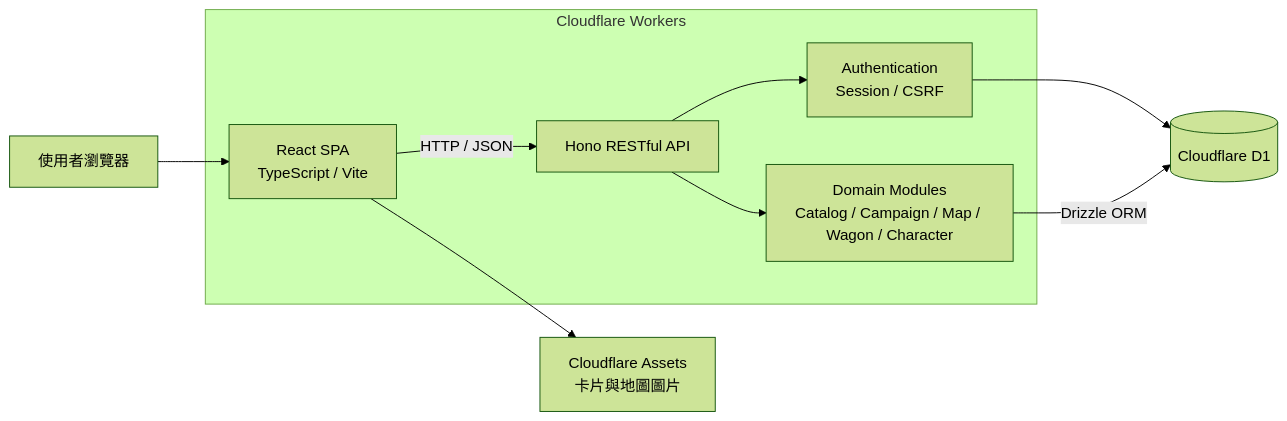
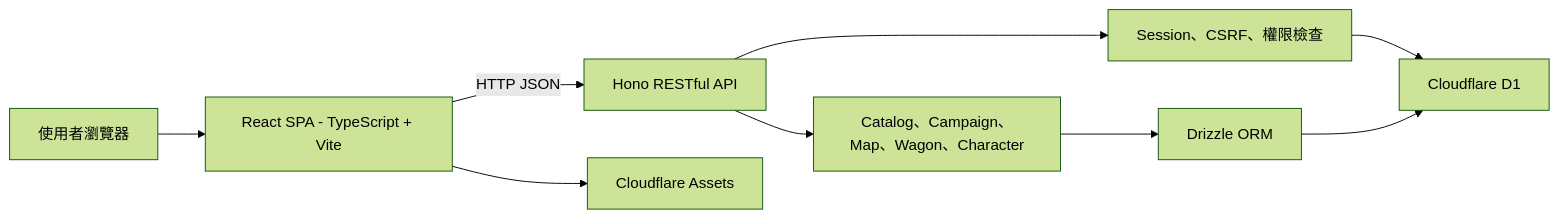
Before and after one commit to john123881/the-hunters-ad-1492-wiki: the diagram in README.md, drawn with Mermaid (forest theme). The commit also changed 6 other files, not shown here.

Commit message:
docs: add application review screenshots and simplify architecture mermaid diagram

````diff
--- a/README.md
+++ b/README.md
@@ -102,22 +102,11 @@
 ```mermaid
 flowchart LR
-    U[使用者瀏覽器]
-
-    subgraph CF[Cloudflare Workers]
-        FE[React SPA<br/>TypeScript / Vite]
-        API[Hono RESTful API]
-        AUTH[Authentication<br/>Session / CSRF]
-        DOMAIN[Domain Modules<br/>Catalog / Campaign / Map / Wagon / Character]
-    end
-
-    DB[(Cloudflare D1)]
-    ASSETS[Cloudflare Assets<br/>卡片與地圖圖片]
-
-    U --> FE
-    FE -->|HTTP / JSON| API
-    FE --> ASSETS
-    API --> AUTH
-    API --> DOMAIN
-    AUTH --> DB
-    DOMAIN -->|Drizzle ORM| DB
+    Browser["使用者瀏覽器"] --> Frontend["React SPA - TypeScript + Vite"]
+    Frontend -->|HTTP JSON| API["Hono RESTful API"]
+    Frontend --> Assets["Cloudflare Assets"]
+    API --> Security["Session、CSRF、權限檢查"]
+    API --> Domain["Catalog、Campaign、Map、Wagon、Character"]
+    Security --> Database["Cloudflare D1"]
+    Domain --> ORM["Drizzle ORM"]
+    ORM --> Database
 ```
````
